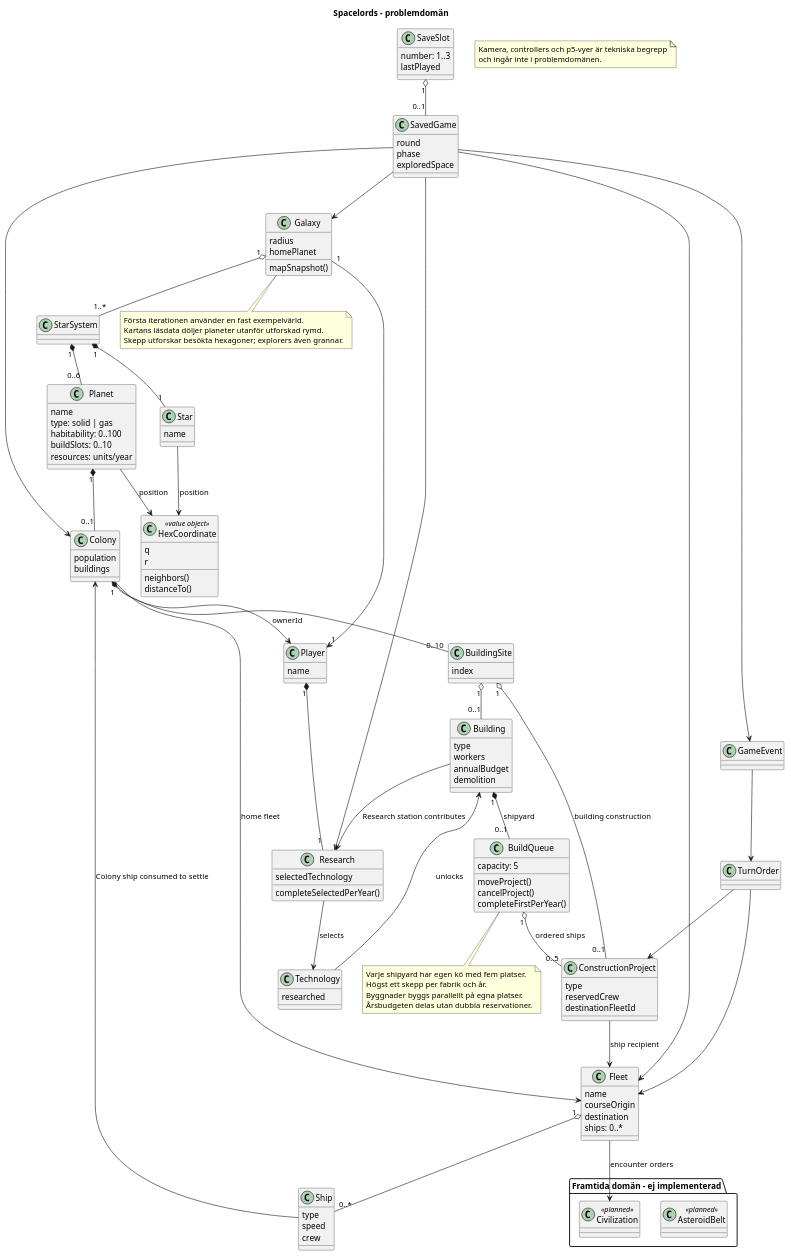
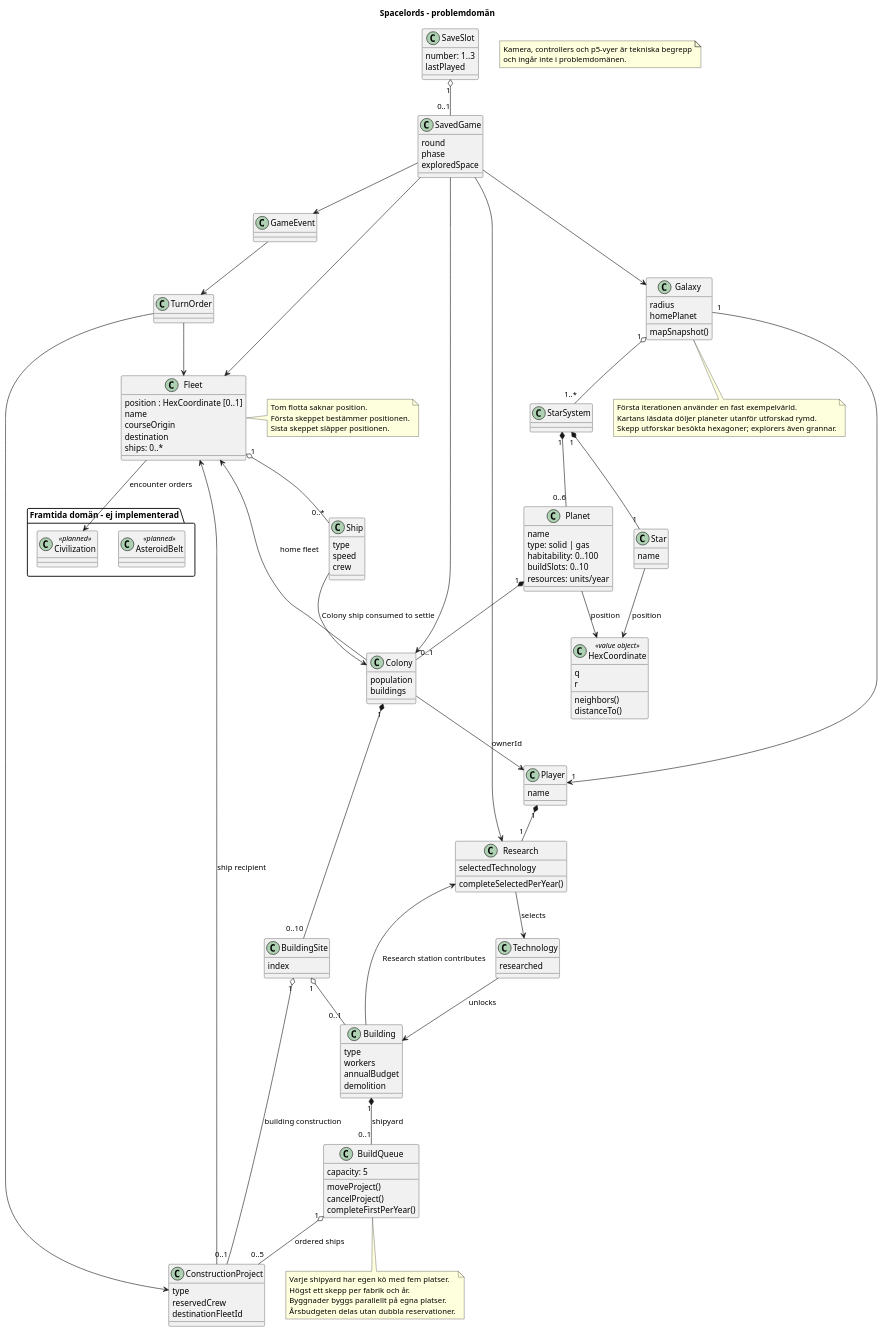
The diagram in docs/domain-model.puml (dntoll/spacelords), drawn with PlantUML before and after one commit. The commit also changed 31 other files, not shown here.

```diff
--- a/docs/domain-model.puml
+++ b/docs/domain-model.puml
@@ -1,136 +1,142 @@
 @startuml
 title Spacelords – problemdomän
 
 class SaveSlot {
   number: 1..3
   lastPlayed
 }
 class SavedGame {
   round
   phase
   exploredSpace
 }
 SaveSlot "1" o-- "0..1" SavedGame
 SavedGame --> Galaxy
 SavedGame --> Fleet
 SavedGame --> Colony
 SavedGame --> Research
 SavedGame --> GameEvent
 
 class Galaxy {
   radius
   homePlanet
   mapSnapshot()
 }
 class StarSystem
 class Star {
   name
 }
 class Planet {
   name
   type: solid | gas
   habitability: 0..100
   buildSlots: 0..10
   resources: units/year
 }
 class Colony {
   population
   buildings
 }
 class Building {
   type
   workers
   annualBudget
   demolition
 }
 class ConstructionProject {
   type
   reservedCrew
   destinationFleetId
 }
 class BuildingSite {
   index
 }
 class Technology {
   researched
 }
 class Research {
   selectedTechnology
   completeSelectedPerYear()
 }
 class BuildQueue {
   capacity: 5
   moveProject()
   cancelProject()
   completeFirstPerYear()
 }
 class Ship {
   type
   speed
   crew
 }
 class Fleet {
+  position : HexCoordinate [0..1]
   name
   courseOrigin
   destination
   ships: 0..*
 }
 class TurnOrder
 class GameEvent
 class Player {
   name
 }
 class HexCoordinate <<value object>> {
   q
   r
   neighbors()
   distanceTo()
 }
 
 Galaxy "1" o-- "1..*" StarSystem
 Galaxy "1" --> "1" Player
 StarSystem "1" *-- "1" Star
 StarSystem "1" *-- "0..6" Planet
 Star --> HexCoordinate : position
 Planet --> HexCoordinate : position
 Planet "1" *-- "0..1" Colony
 Colony --> Player : ownerId
 Colony "1" *-- "0..10" BuildingSite
 BuildingSite "1" o-- "0..1" Building
 BuildingSite "1" o-- "0..1" ConstructionProject : building construction
 Building "1" *-- "0..1" BuildQueue : shipyard
 BuildQueue "1" o-- "0..5" ConstructionProject : ordered ships
 Player "1" *-- "1" Research
 Research --> Technology : selects
 Technology --> Building : unlocks
 Building --> Research : Research station contributes
 ConstructionProject --> Fleet : ship recipient
 Colony --> Fleet : home fleet
 Fleet "1" o-- "0..*" Ship
+note right of Fleet
+  Tom flotta saknar position.
+  Första skeppet bestämmer positionen.
+  Sista skeppet släpper positionen.
+end note
 Ship --> Colony : Colony ship consumed to settle
 TurnOrder --> ConstructionProject
 TurnOrder --> Fleet
 GameEvent --> TurnOrder
 
 note bottom of BuildQueue
   Varje shipyard har egen kö med fem platser.
   Högst ett skepp per fabrik och år.
   Byggnader byggs parallellt på egna platser.
   Årsbudgeten delas utan dubbla reservationer.
 end note
 
 note bottom of Galaxy
   Första iterationen använder en fast exempelvärld.
   Kartans läsdata döljer planeter utanför utforskad rymd.
   Skepp utforskar besökta hexagoner; explorers även grannar.
 end note
 
 package "Framtida domän – ej implementerad" {
   class AsteroidBelt <<planned>>
   class Civilization <<planned>>
   Fleet --> Civilization : encounter orders
 }
 
 note "Kamera, controllers och p5-vyer är tekniska begrepp\noch ingår inte i problemdomänen." as Scope
 
 @enduml
```
